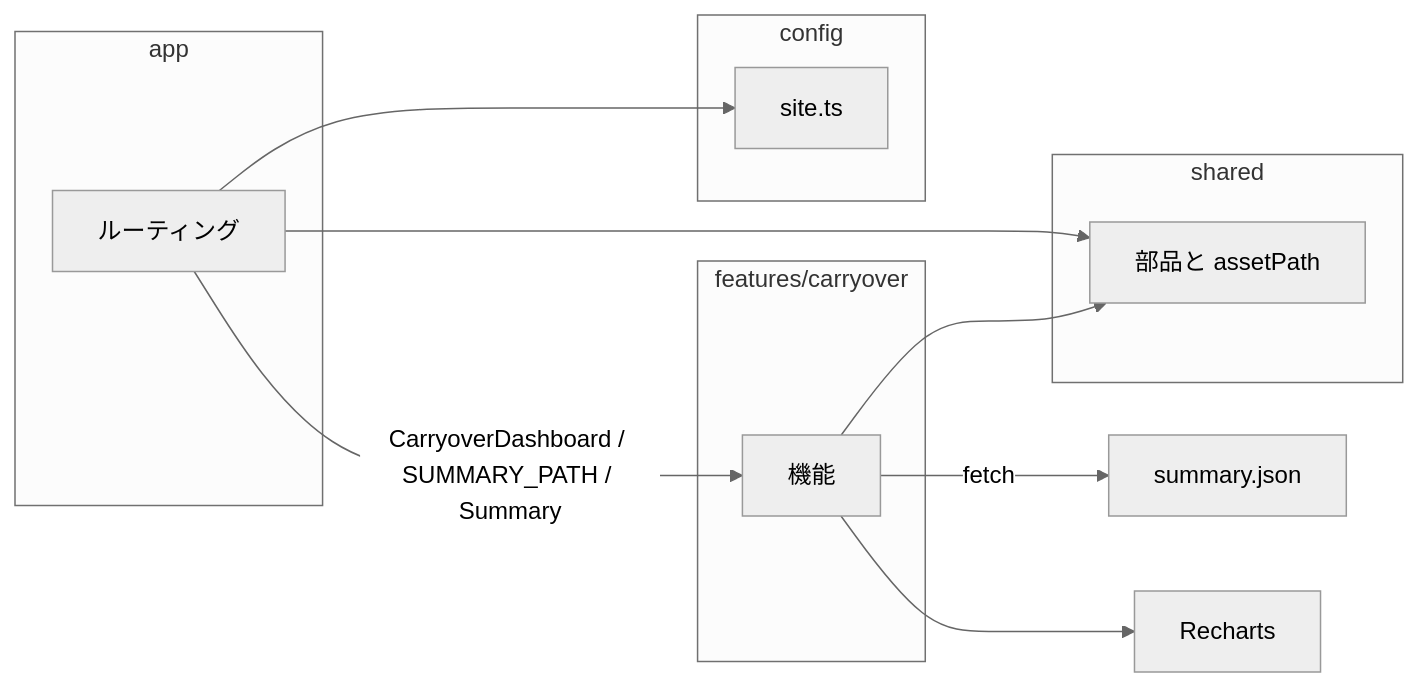
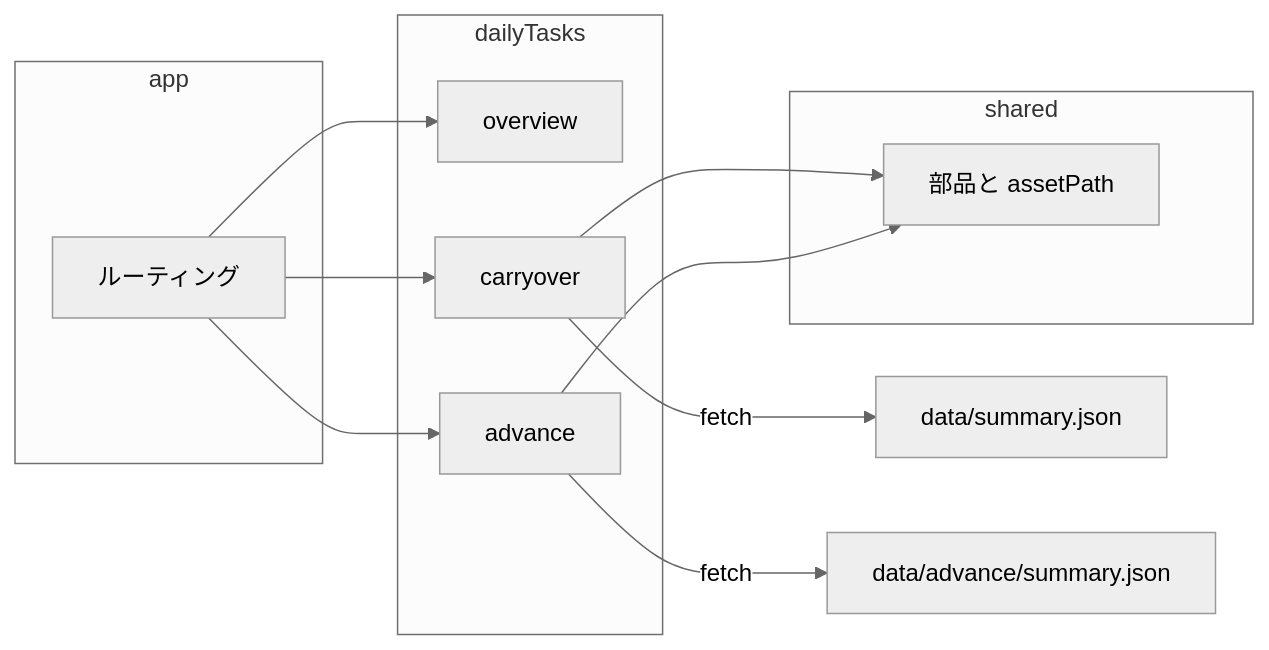
The second of 2 diagrams in docs/design/frontend/01-architecture.md (KenichiroArai/kb002_daily-tasks_doc), drawn with Mermaid (neutral theme) before and after one commit. The commit also changed other lines of this file and 16 other files, not shown here.

First line of the commit message:
#5 v0.2.0：持ち越し・先行の設計書を更新し、dailyTasks／dailytasks 再編と共通ルールを反映する

````diff
--- a/docs/design/frontend/01-architecture.md
+++ b/docs/design/frontend/01-architecture.md
@@ -74,24 +85,24 @@
 ```mermaid
 flowchart LR
   subgraph appLayer [app]
     appNode["ルーティング"]
   end
-  subgraph featureLayer ["features/carryover"]
-    featureNode["機能"]
+  subgraph featureLayer [dailyTasks]
+    overviewNode["overview"]
+    carryoverNode["carryover"]
+    advanceNode["advance"]
   end
   subgraph sharedLayer [shared]
     sharedNode["部品と assetPath"]
   end
-  subgraph configLayer [config]
-    configNode["site.ts"]
-  end
-  summaryJson["summary.json"]
-  recharts["Recharts"]
+  summaryJson["data/summary.json"]
+  advanceSummary["data/advance/summary.json"]
 
-  appNode -->|"CarryoverDashboard / SUMMARY_PATH / Summary"| featureNode
-  appNode --> sharedNode
-  appNode --> configNode
-  featureNode --> sharedNode
-  featureNode -->|"fetch"| summaryJson
-  featureNode --> recharts
+  appNode --> overviewNode
+  appNode --> carryoverNode
+  appNode --> advanceNode
+  carryoverNode --> sharedNode
+  advanceNode --> sharedNode
+  carryoverNode -->|"fetch"| summaryJson
+  advanceNode -->|"fetch"| advanceSummary
 ```
````
